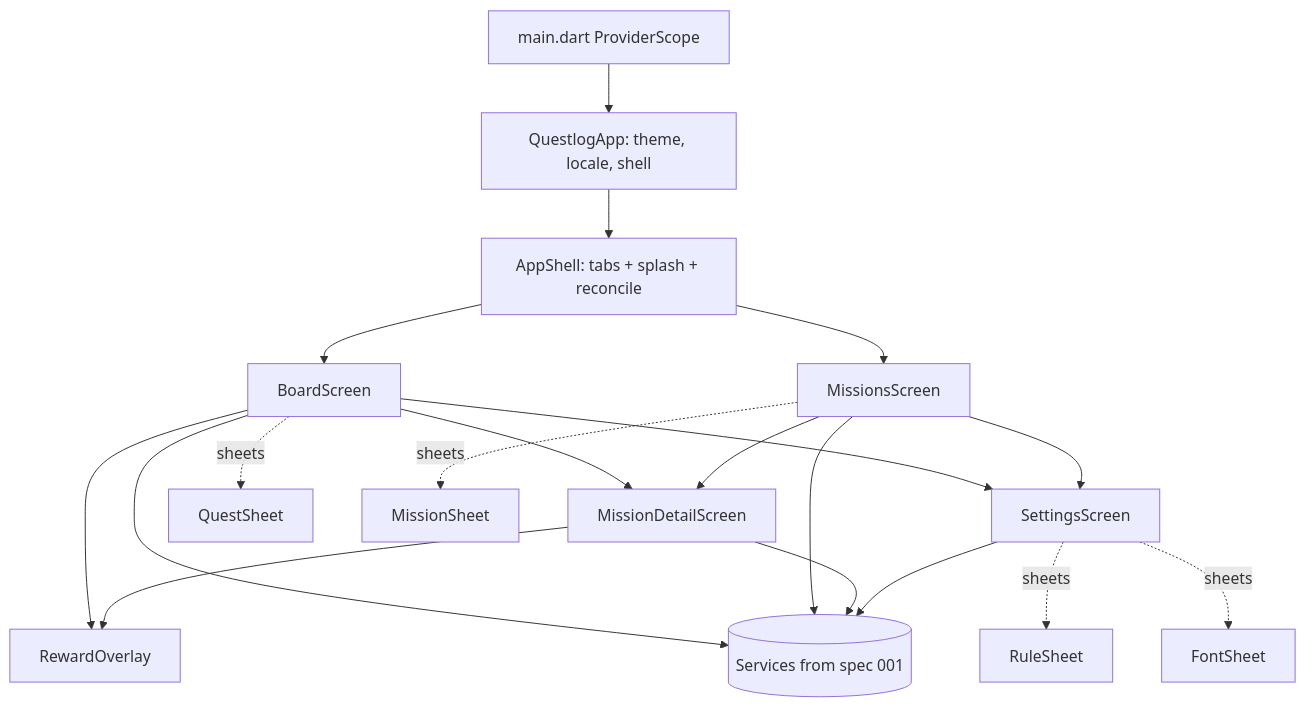
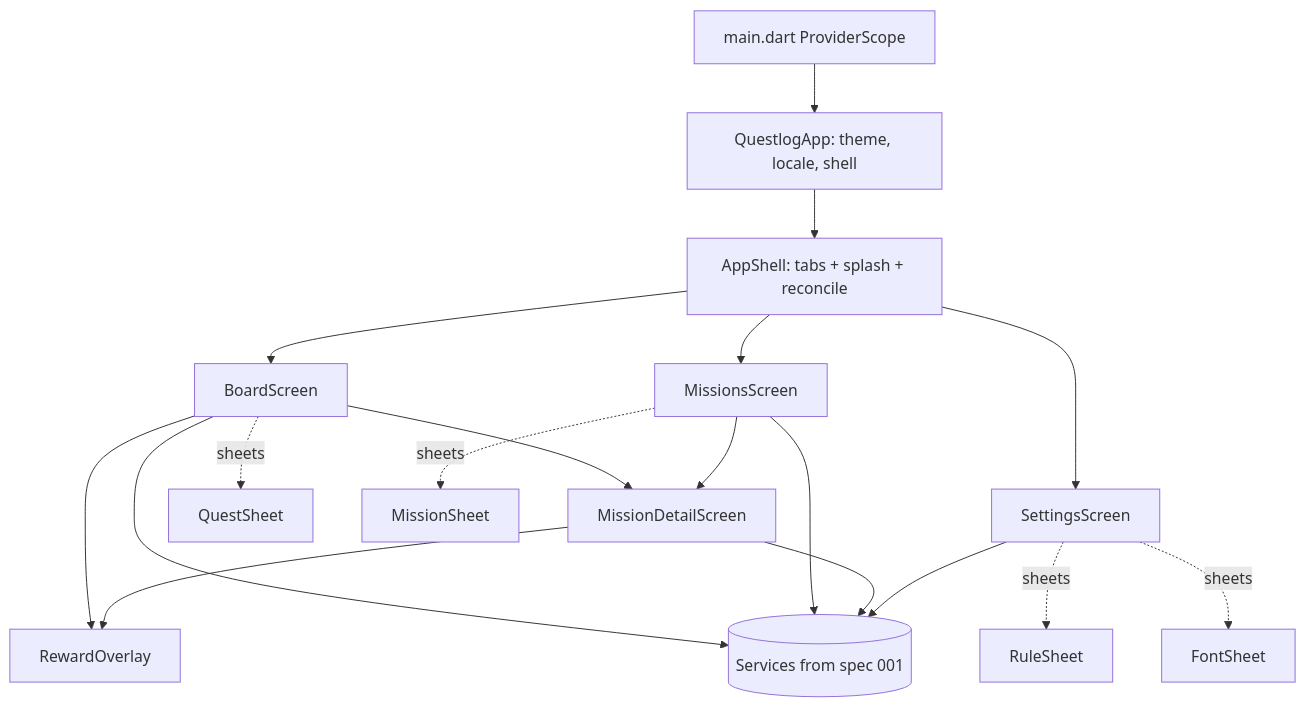
Before and after one commit to mjablecnik/QuestLog: the first of 3 diagrams in .kiro/specs/002-questlog-ui/design.md, drawn with Mermaid. The commit also changed other lines of this file and 5 other files, not shown here.

````diff
--- a/.kiro/specs/002-questlog-ui/design.md
+++ b/.kiro/specs/002-questlog-ui/design.md
@@ -17,21 +17,20 @@
 ```mermaid
 graph TD
     MAIN[main.dart ProviderScope] --> APP[QuestlogApp: theme, locale, shell]
     APP --> SHELL[AppShell: tabs + splash + reconcile]
     SHELL --> BOARD[BoardScreen]
     SHELL --> MISSIONS[MissionsScreen]
+    SHELL --> SETTINGS[SettingsScreen]
     BOARD --> DETAIL[MissionDetailScreen]
     MISSIONS --> DETAIL
-    BOARD --> SETTINGS[SettingsScreen]
-    MISSIONS --> SETTINGS
     BOARD -. sheets .-> QSHEET[QuestSheet]
     MISSIONS -. sheets .-> MSHEET[MissionSheet]
     SETTINGS -. sheets .-> RSHEET[RuleSheet]
     SETTINGS -. sheets .-> FSHEET[FontSheet]
     BOARD --> REWARD[RewardOverlay]
     DETAIL --> REWARD
     BOARD --> SVC[(Services from spec 001)]
     MISSIONS --> SVC
     DETAIL --> SVC
     SETTINGS --> SVC
 ```
````
